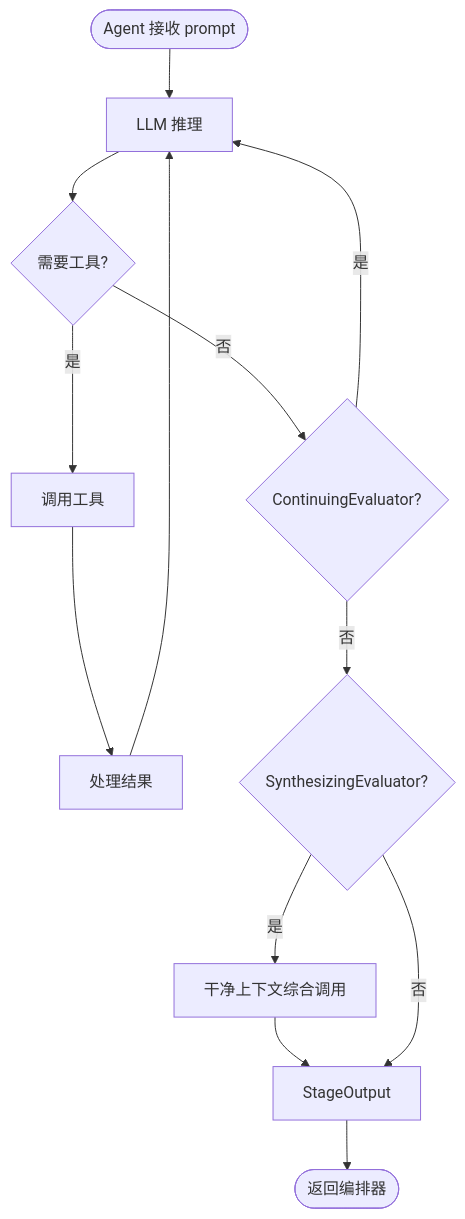
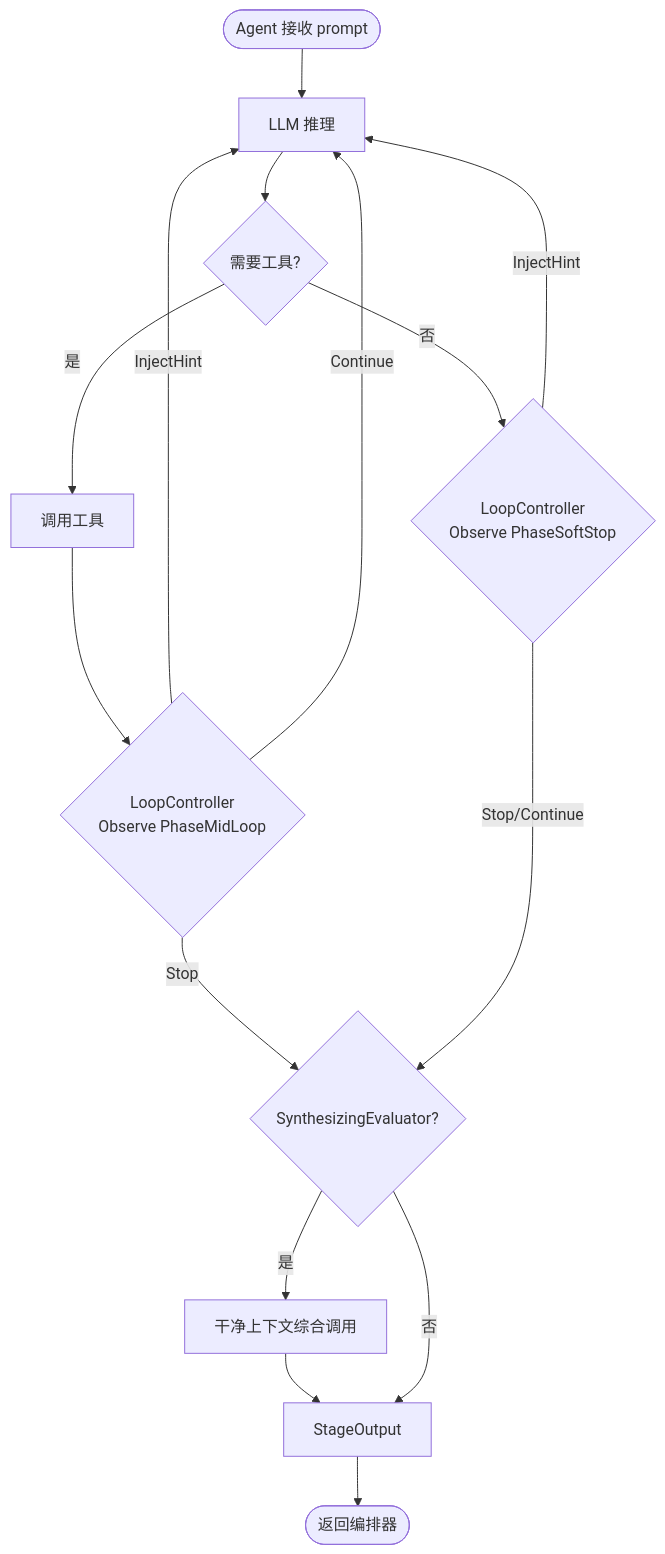
The third of 4 diagrams in docs/architecture.md (hanchaoqun/codrax), drawn with Mermaid before and after one commit. The commit also changed other lines of this file and 10 other files, not shown here.

````diff
--- a/docs/architecture.md
+++ b/docs/architecture.md
@@ -169,15 +169,17 @@
 ```mermaid
 graph TD
     Start([Agent 接收 prompt]) --> Think[LLM 推理]
     Think --> Decide{需要工具?}
     Decide -->|是| Act[调用工具]
-    Act --> Observe[处理结果]
-    Observe --> Think
-    Decide -->|否| SoftStop{ContinuingEvaluator?}
-    SoftStop -->|是| Think
-    SoftStop -->|否| Synth{SynthesizingEvaluator?}
+    Act --> MidLoop{LoopController<br/>Observe PhaseMidLoop}
+    MidLoop -->|InjectHint| Think
+    MidLoop -->|Stop| Synth
+    MidLoop -->|Continue| Think
+    Decide -->|否| SoftStop{LoopController<br/>Observe PhaseSoftStop}
+    SoftStop -->|InjectHint| Think
+    SoftStop -->|Stop/Continue| Synth{SynthesizingEvaluator?}
     Synth -->|是| SynthCall[干净上下文综合调用]
     SynthCall --> Output
     Synth -->|否| Output[StageOutput]
     Output --> Done([返回编排器])
 ```
````
